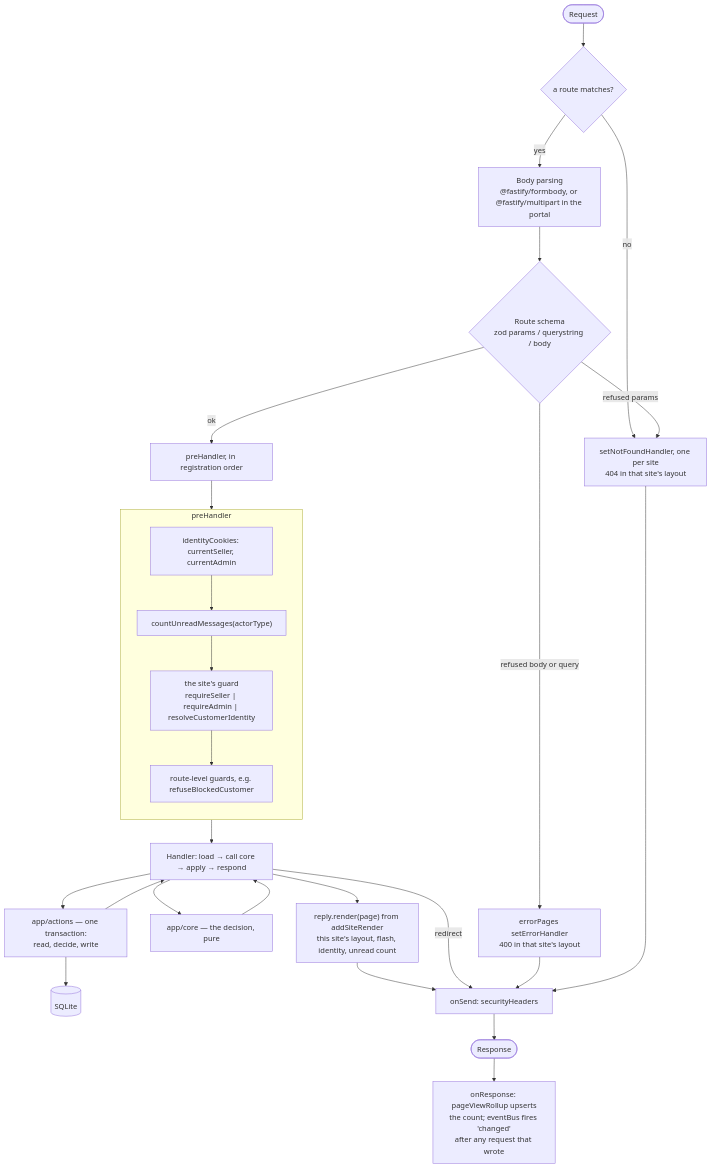
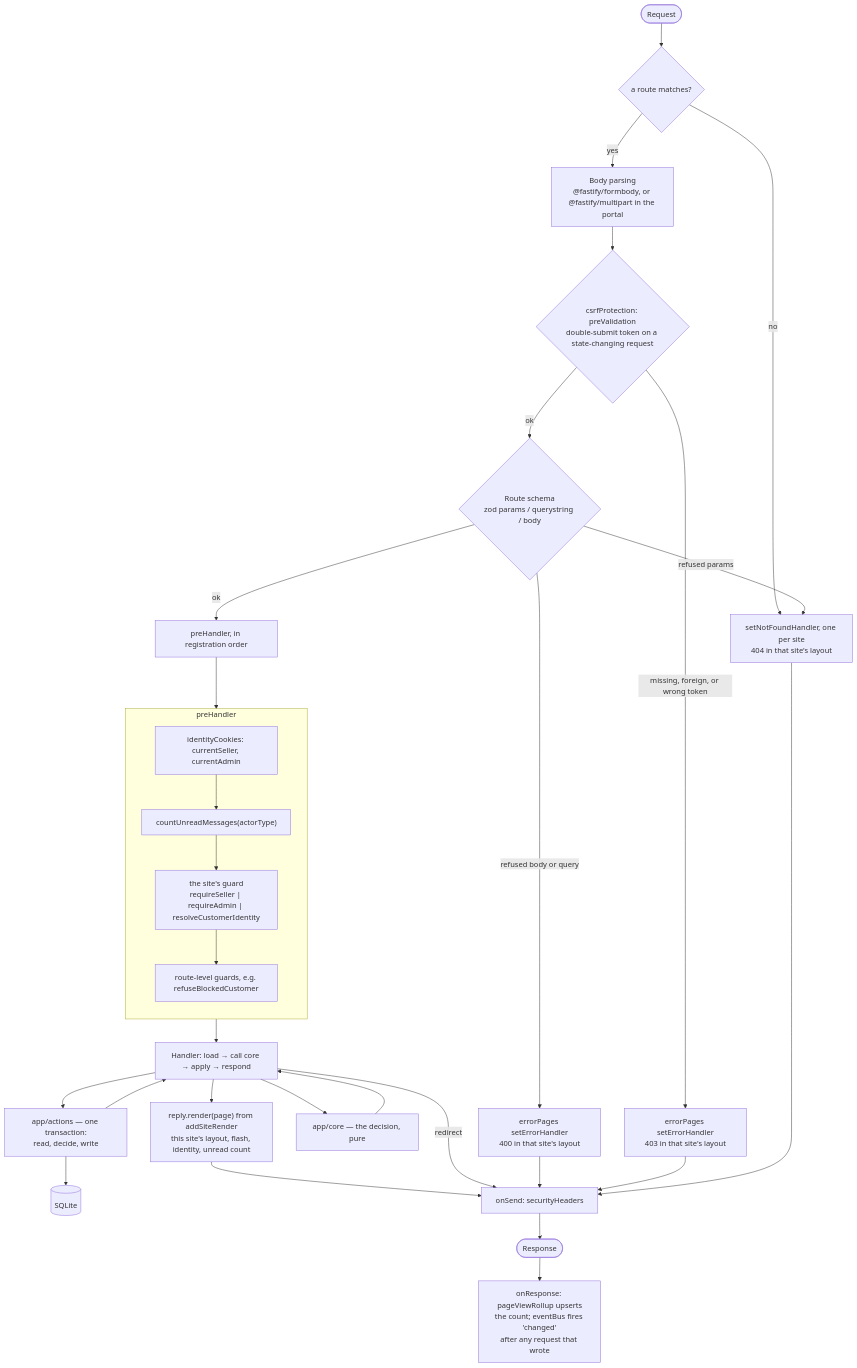
Before and after one commit to jonathan-beebe/art-store: the third of 6 diagrams in prototype/node/docs/architecture.md, drawn with Mermaid. The commit also changed other lines of this file and 429 other files, not shown here.

````diff
--- a/prototype/node/docs/architecture.md
+++ b/prototype/node/docs/architecture.md
@@ -114,32 +118,35 @@
 ```mermaid
 flowchart TD
     request(["Request"]) --> route{"a route matches?"}
     route -- no --> notfound["setNotFoundHandler, one per site<br/>404 in that site's layout"]
     route -- yes --> parse["Body parsing<br/>@fastify/formbody, or @fastify/multipart in the portal"]
-    parse --> schema{"Route schema<br/>zod params / querystring / body"}
+    parse --> csrf{"csrfProtection: preValidation<br/>double-submit token on a state-changing request"}
+    csrf -- "missing, foreign, or wrong token" --> forbidden["errorPages setErrorHandler<br/>403 in that site's layout"]
+    csrf -- ok --> schema{"Route schema<br/>zod params / querystring / body"}
     schema -- "refused params" --> notfound
     schema -- "refused body or query" --> errors["errorPages setErrorHandler<br/>400 in that site's layout"]
     schema -- ok --> pre["preHandler, in registration order"]
 
     subgraph preHandlers["preHandler"]
         direction TB
         identity["identityCookies: currentSeller, currentAdmin"] --> unread["countUnreadMessages(actorType)"]
         unread --> guard["the site's guard<br/>requireSeller | requireAdmin | resolveCustomerIdentity"]
         guard --> routeGuard["route-level guards, e.g. refuseBlockedCustomer"]
     end
 
     pre --> preHandlers
     preHandlers --> handler["Handler: load → call core → apply → respond"]
     handler --> core["app/core — the decision, pure"]
     core --> handler
     handler --> action["app/actions — one transaction:<br/>read, decide, write"]
     action --> db[("SQLite")]
     action --> handler
     handler --> render["reply.render(page) from addSiteRender<br/>this site's layout, flash, identity, unread count"]
     render --> send["onSend: securityHeaders"]
     handler -- "redirect" --> send
     errors --> send
+    forbidden --> send
     notfound --> send
     send --> response(["Response"])
     response --> after["onResponse: pageViewRollup upserts<br/>the count; eventBus fires 'changed'<br/>after any request that wrote"]
 ```
````
